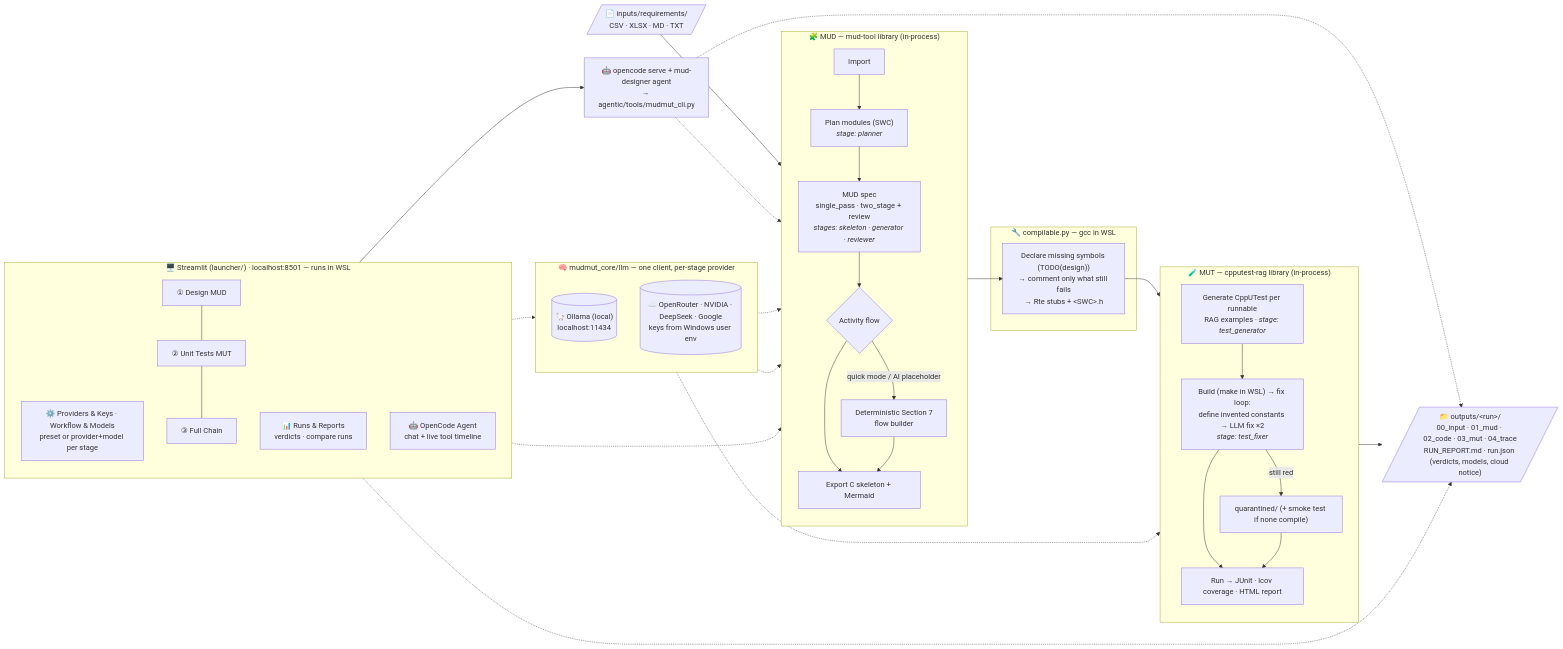
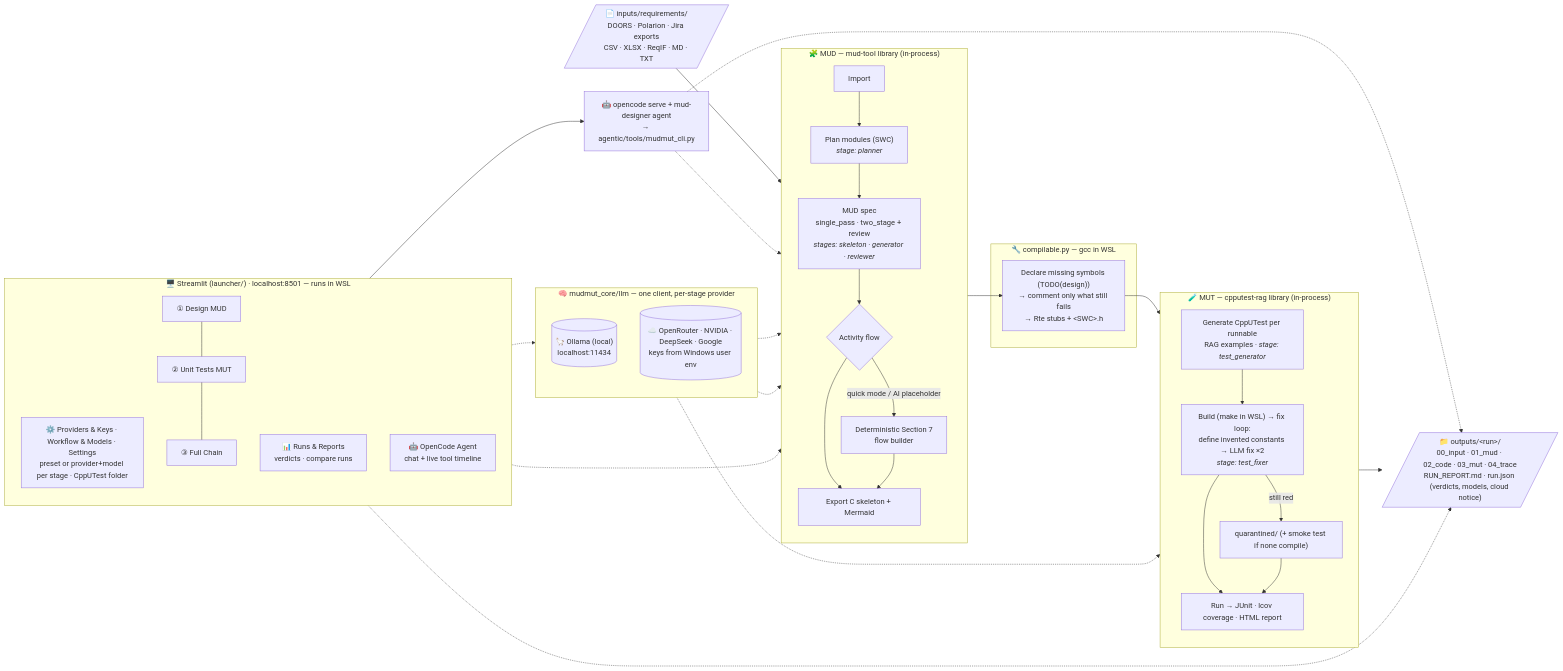
Before and after one commit to afeefkt/ModuleUnit_DesignAndTest: the diagram in README.md, drawn with Mermaid. The commit also changed other lines of this file and 25 other files, not shown here.

Commit message:
Requirement update option imüprove, updated cppUtest option for compiling

````diff
--- a/README.md
+++ b/README.md
@@ -36,56 +36,56 @@
 ```mermaid
 flowchart LR
-    REQ[/"📄 inputs/requirements/<br/>CSV · XLSX · MD · TXT"/]
+    REQ[/"📄 inputs/requirements/<br/>DOORS · Polarion · Jira exports<br/>CSV · XLSX · ReqIF · MD · TXT"/]
 
     subgraph UI["🖥️ Streamlit (launcher/) · localhost:8501 — runs in WSL"]
         direction TB
-        SET["⚙️ Providers & Keys · Workflow & Models<br/>preset or provider+model per stage"]
+        SET["⚙️ Providers & Keys · Workflow & Models · Settings<br/>preset or provider+model per stage · CppUTest folder"]
         P1["① Design MUD"] --- P2["② Unit Tests MUT"] --- P3["③ Full Chain"]
         RR["📊 Runs & Reports<br/>verdicts · compare runs"]
         OCP["🤖 OpenCode Agent<br/>chat + live tool timeline"]
     end
 
     subgraph MUD["🧩 MUD — mud-tool library (in-process)"]
         direction TB
         IMP["Import"] --> PLAN["Plan modules (SWC)<br/><i>stage: planner</i>"]
         PLAN --> SPEC["MUD spec<br/>single_pass · two_stage + review<br/><i>stages: skeleton · generator · reviewer</i>"]
         SPEC --> ACT{"Activity flow"}
         ACT -- "quick mode / AI placeholder" --> FB["Deterministic Section 7<br/>flow builder"]
         ACT --> EXP["Export C skeleton + Mermaid"]
         FB --> EXP
     end
 
     subgraph C["🔧 compilable.py — gcc in WSL"]
         CMP["Declare missing symbols (TODO(design))<br/>→ comment only what still fails<br/>→ Rte stubs + &lt;SWC&gt;.h"]
     end
 
     subgraph MUT["🧪 MUT — cpputest-rag library (in-process)"]
         direction TB
         GEN["Generate CppUTest per runnable<br/>RAG examples · <i>stage: test_generator</i>"]
         GEN --> FIX["Build (make in WSL) → fix loop:<br/>define invented constants → LLM fix ×2<br/><i>stage: test_fixer</i>"]
         FIX -- "still red" --> Q["quarantined/ (+ smoke test if none compile)"]
         FIX --> RUN["Run → JUnit · lcov coverage · HTML report"]
         Q --> RUN
     end
 
     OUT[/"📁 outputs/&lt;run&gt;/<br/>00_input · 01_mud · 02_code · 03_mut · 04_trace<br/>RUN_REPORT.md · run.json (verdicts, models, cloud notice)"/]
 
     subgraph LLM["🧠 mudmut_core/llm — one client, per-stage provider"]
         OLL[("🦙 Ollama (local)<br/>localhost:11434")]
         CLOUD[("☁️ OpenRouter · NVIDIA · DeepSeek · Google<br/>keys from Windows user env")]
     end
 
     AG["🤖 opencode serve + mud-designer agent<br/>→ agentic/tools/mudmut_cli.py"]
 
     REQ --> IMP
     UI -.-> MUD
     EXP --> CMP --> GEN
     RUN --> OUT
     OCP --> AG -.-> MUD
     AG -.-> OUT
     RR -.-> OUT
     SET -.-> LLM
     LLM -.-> PLAN
     LLM -.-> SPEC
     LLM -.-> GEN
 ```
````
